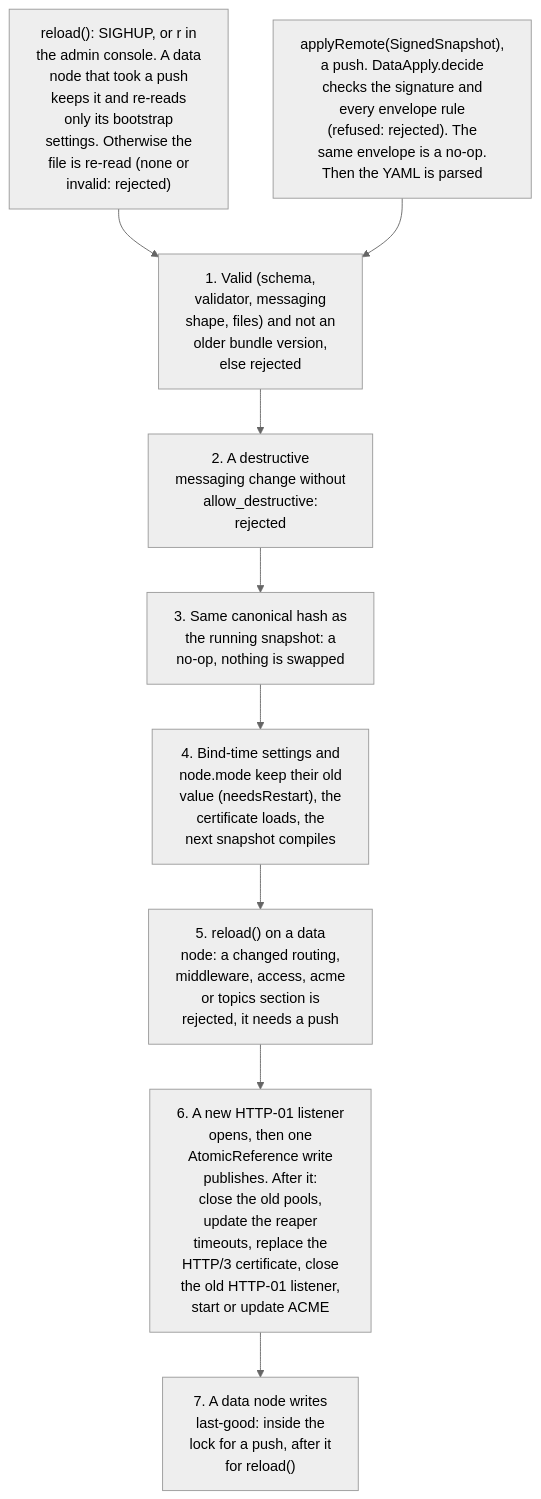
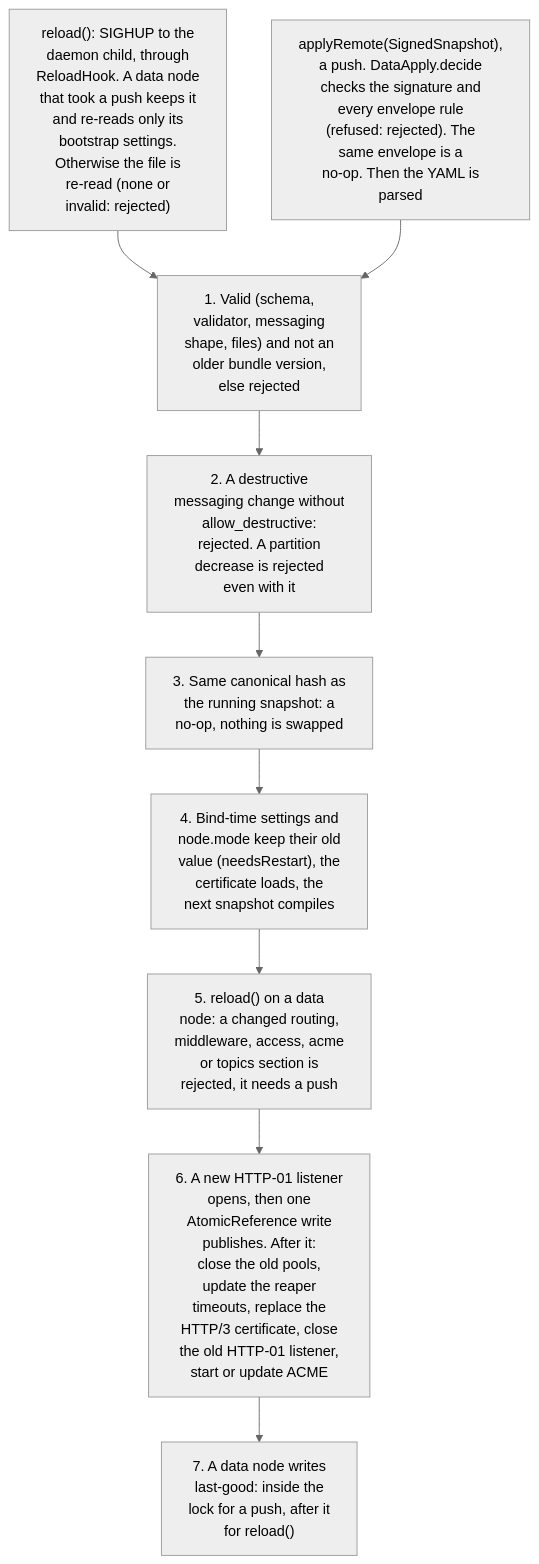
The second of 3 diagrams in docs/user/config-file.md (BlivionIaG/sjws_nettask), drawn with Mermaid (neutral theme) before and after one commit. The commit also changed other lines of this file and 19 other files, not shown here.

First line of the commit message:
docs: fix the diagrams the fact-check found imprecise

````diff
--- a/docs/user/config-file.md
+++ b/docs/user/config-file.md
@@ -223,14 +224,14 @@
 ```mermaid
 flowchart TD
-    r["reload(): SIGHUP, or r in<br/>the admin console. A data<br/>node that took a push<br/>keeps it and re-reads<br/>only its bootstrap<br/>settings. Otherwise the<br/>file is re-read (none or<br/>invalid: rejected)"]
-    p["applyRemote(SignedSnapshot),<br/>a push. DataApply.decide<br/>checks the signature and<br/>every envelope rule<br/>(refused: rejected). The<br/>same envelope is a no-op.<br/>Then the YAML is parsed"]
+    r["reload(): SIGHUP to the<br/>daemon child, through<br/>ReloadHook. A data node<br/>that took a push keeps it<br/>and re-reads only its<br/>bootstrap settings.<br/>Otherwise the file is<br/>re-read (none or<br/>invalid: rejected)"]
+    p["applyRemote(SignedSnapshot),<br/>a push. DataApply.decide<br/>checks the signature and<br/>every envelope rule<br/>(refused: rejected). The<br/>same envelope is a<br/>no-op. Then the YAML is<br/>parsed"]
     r --> s1
     p --> s1
     s1["1. Valid (schema,<br/>validator, messaging<br/>shape, files) and not an<br/>older bundle version,<br/>else rejected"]
-    s1 --> s2["2. A destructive<br/>messaging change without<br/>allow_destructive:<br/>rejected"]
+    s1 --> s2["2. A destructive<br/>messaging change without<br/>allow_destructive:<br/>rejected. A partition<br/>decrease is rejected<br/>even with it"]
     s2 --> s3["3. Same canonical hash as<br/>the running snapshot: a<br/>no-op, nothing is swapped"]
     s3 --> s4["4. Bind-time settings and<br/>node.mode keep their old<br/>value (needsRestart), the<br/>certificate loads, the<br/>next snapshot compiles"]
     s4 --> s5["5. reload() on a data<br/>node: a changed routing,<br/>middleware, access, acme<br/>or topics section is<br/>rejected, it needs a push"]
     s5 --> s6["6. A new HTTP-01 listener<br/>opens, then one<br/>AtomicReference write<br/>publishes. After it:<br/>close the old pools,<br/>update the reaper<br/>timeouts, replace the<br/>HTTP/3 certificate, close<br/>the old HTTP-01 listener,<br/>start or update ACME"]
     s6 --> s7["7. A data node writes<br/>last-good: inside the<br/>lock for a push, after it<br/>for reload()"]
 ```
````
